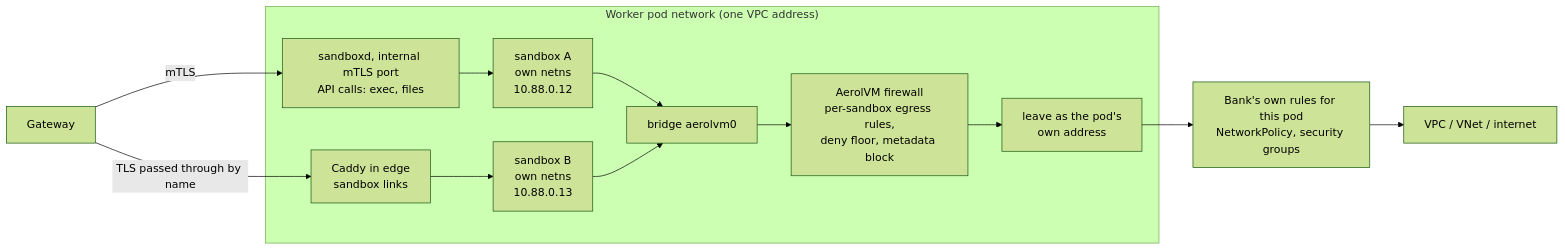
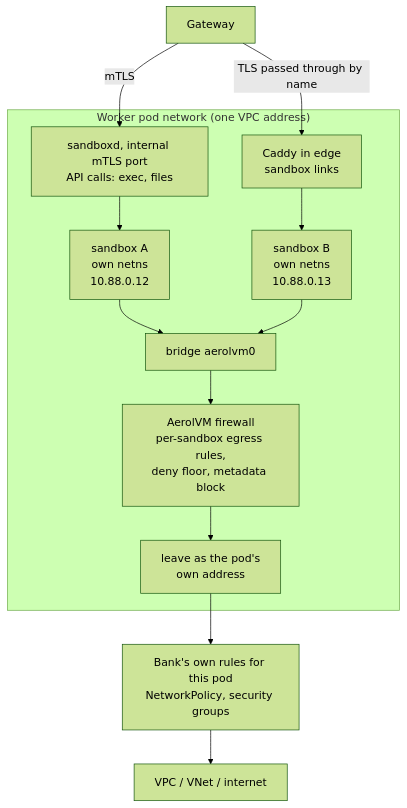
Before and after one commit to aerol-ai/microvm: the fourth of 11 diagrams in plans/kubernetes-v2-architecture.md, drawn with Mermaid (forest theme). The commit also changed other lines of this file, not shown here.

Commit message:
plans: draw two wide v2 diagrams top to bottom
On GitHub, the network diagram and the upgrade-order diagram were wide
left-to-right charts. GitHub's zoom buttons covered their last box.
Drawing them top to bottom keeps every box in view.

````diff
--- a/plans/kubernetes-v2-architecture.md
+++ b/plans/kubernetes-v2-architecture.md
@@ -464,15 +464,15 @@
 ```mermaid
-flowchart LR
+flowchart TB
     subgraph POD["Worker pod network (one VPC address)"]
         S1["sandbox A<br/>own netns<br/>10.88.0.12"] --> BR["bridge aerolvm0"]
         S2["sandbox B<br/>own netns<br/>10.88.0.13"] --> BR
         BR --> NFT["AerolVM firewall<br/>per-sandbox egress rules,<br/>deny floor, metadata block"]
         NFT --> NAT["leave as the pod's<br/>own address"]
         API["sandboxd, internal mTLS port<br/>API calls: exec, files"] --> S1
         EDGE["Caddy in edge<br/>sandbox links"] --> S2
     end
     NAT --> BANK["Bank's own rules for this pod<br/>NetworkPolicy, security groups"]
     BANK --> OUT["VPC / VNet / internet"]
     GWY["Gateway"] -- "mTLS" --> API
     GWY -- "TLS passed through by name" --> EDGE
 ```
````
